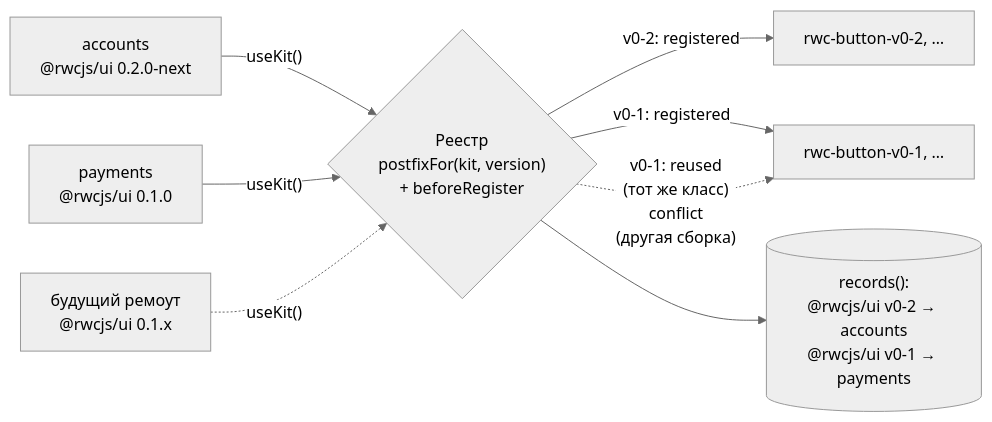
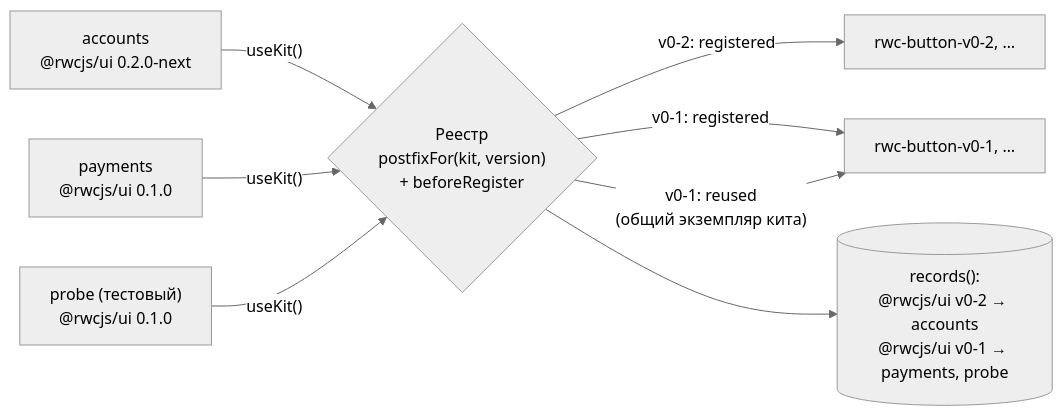
Before and after one commit to tamazyanarsen/mfe-platform: the seventh of 9 diagrams in docs/architecture.md, drawn with Mermaid (neutral theme). The commit also changed other lines of this file and 5 other files, not shown here.

````diff
--- a/docs/architecture.md
+++ b/docs/architecture.md
@@ -284,14 +289,14 @@
 ```mermaid
 flowchart LR
   A["accounts<br/>@rwcjs/ui 0.2.0-next"] -- "useKit()" --> R
   P["payments<br/>@rwcjs/ui 0.1.0"] -- "useKit()" --> R
-  X["будущий ремоут<br/>@rwcjs/ui 0.1.x"] -. "useKit()" .-> R
+  X["probe (тестовый)<br/>@rwcjs/ui 0.1.0"] -- "useKit()" --> R
 
   R{"Реестр<br/>postfixFor(kit, version)<br/>+ beforeRegister"}
 
   R -- "v0-2: registered" --> T2["rwc-button-v0-2, …"]
   R -- "v0-1: registered" --> T1["rwc-button-v0-1, …"]
-  R -. "v0-1: reused<br/>(тот же класс)<br/>conflict<br/>(другая сборка)" .-> T1
+  R -- "v0-1: reused<br/>(общий экземпляр кита)" --> T1
 
-  R --> rec[("records():<br/>@rwcjs/ui v0-2 → accounts<br/>@rwcjs/ui v0-1 → payments")]
+  R --> rec[("records():<br/>@rwcjs/ui v0-2 → accounts<br/>@rwcjs/ui v0-1 → payments, probe")]
 ```
````
